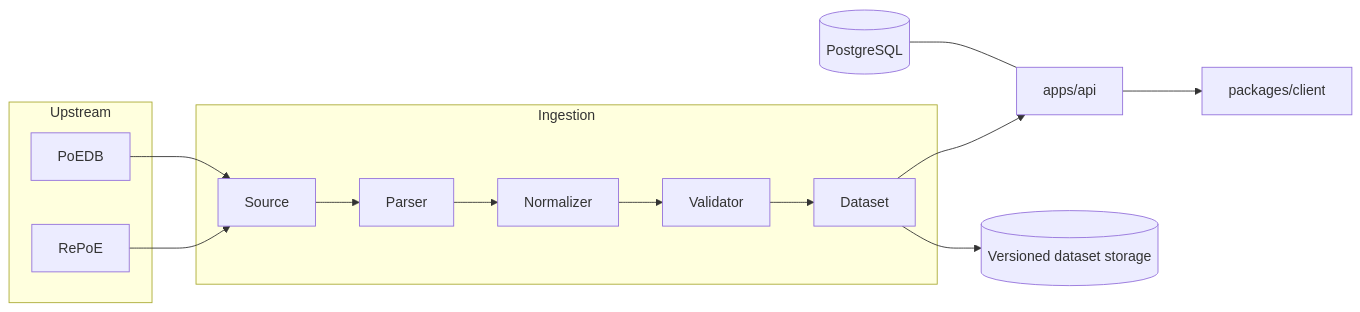
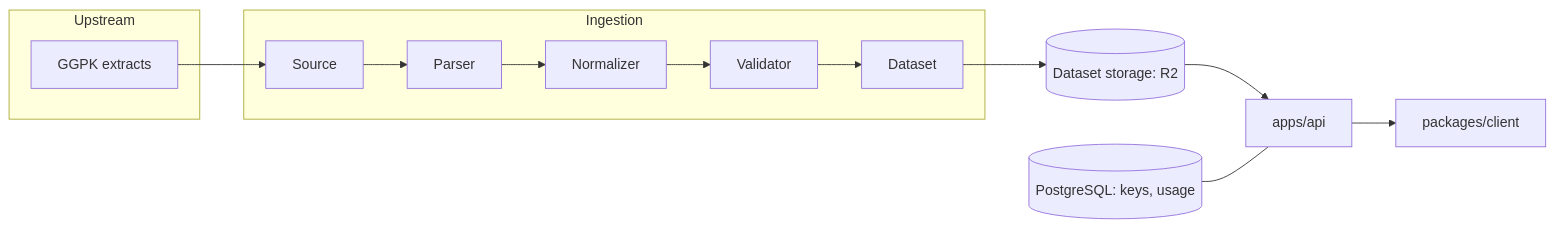
One commit to juddisjudd/exiledata changed the diagram in README.md. Above: the diagram before and after it, drawn with Mermaid. The commit also changed other lines of this file and 74 other files, not shown here.

First line of the commit message:
feat: enforce API keys, add admin dashboard, key datasets by game patch

````diff
--- a/README.md
+++ b/README.md
@@ -26,16 +26,14 @@
 ```mermaid
 flowchart LR
     subgraph Upstream
-        RePoE
-        PoEDB
+        Extract[GGPK extracts]
     end
     subgraph Ingestion
         Source --> Parser --> Normalizer --> Validator --> Dataset
     end
-    Dataset --> API[apps/api]
-    Dataset --> Storage[(Versioned dataset storage)]
+    Extract --> Source
+    Dataset --> Storage[(Dataset storage: R2)]
+    Storage --> API[apps/api]
     API --> SDK[packages/client]
-    RePoE --> Source
-    PoEDB --> Source
-    Postgres[(PostgreSQL)] --- API
+    Postgres[(PostgreSQL: keys, usage)] --- API
 ```
````
